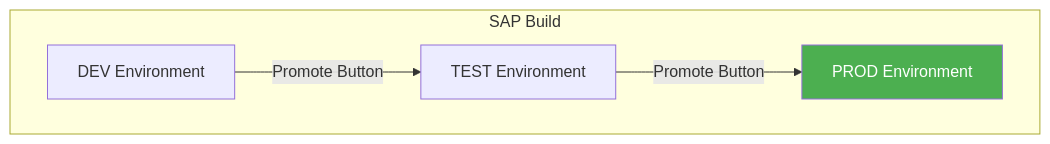
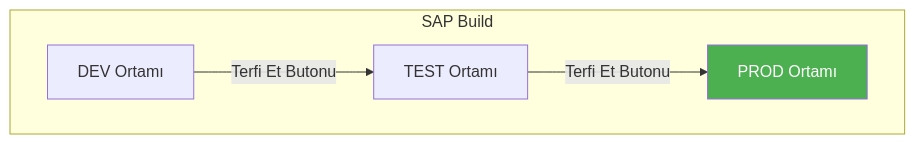
One commit to beyhanmeyrali/sap-all changed the third of 9 diagrams in Technical Tutorials/BTP/TR/chapters/11-agent-lifecycle.md. Above: the diagram before and after it, drawn with Mermaid. The commit also changed other lines of this file and 11 other files, not shown here.

````diff
--- a/Technical Tutorials/BTP/TR/chapters/11-agent-lifecycle.md
+++ b/Technical Tutorials/BTP/TR/chapters/11-agent-lifecycle.md
@@ -95,13 +95,13 @@
 ```mermaid
 graph TD
     subgraph "SAP Build"
-        DEV[DEV Environment]
-        TEST[TEST Environment]
-        PROD[PROD Environment]
+        DEV[DEV Ortamı]
+        TEST[TEST Ortamı]
+        PROD[PROD Ortamı]
     end
 
-    DEV --> |"Promote Button"| TEST
-    TEST --> |"Promote Button"| PROD
+    DEV --> |"Terfi Et Butonu"| TEST
+    TEST --> |"Terfi Et Butonu"| PROD
 
     style PROD fill:#4CAF50,color:white
 ```
````
